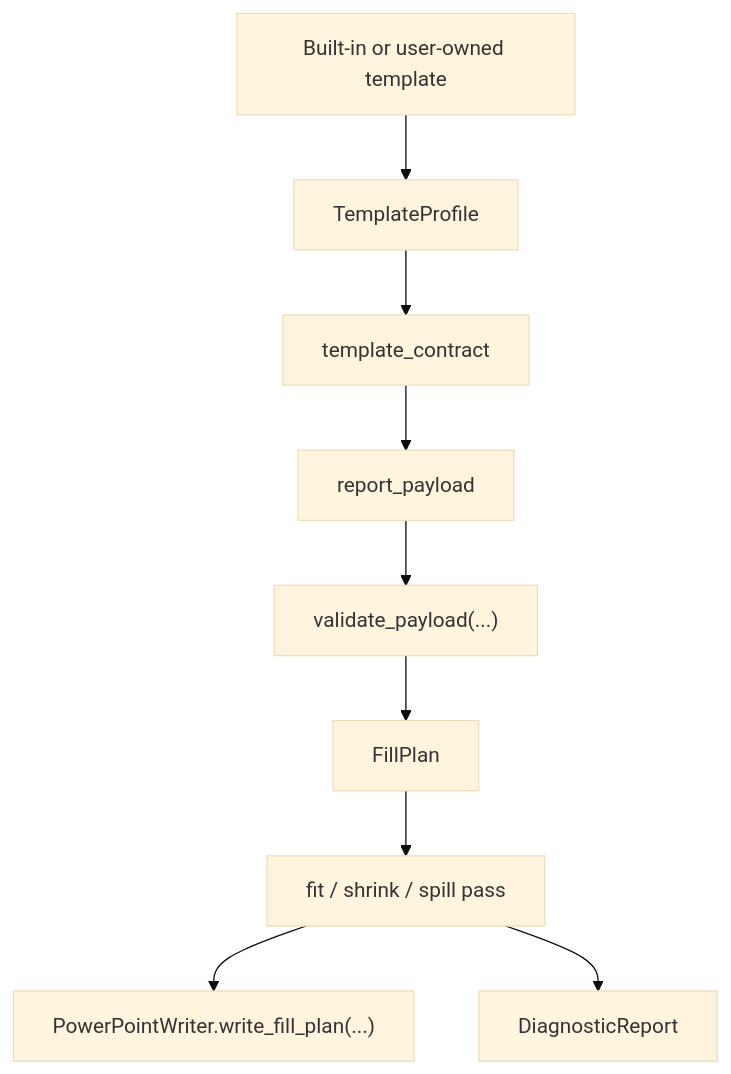
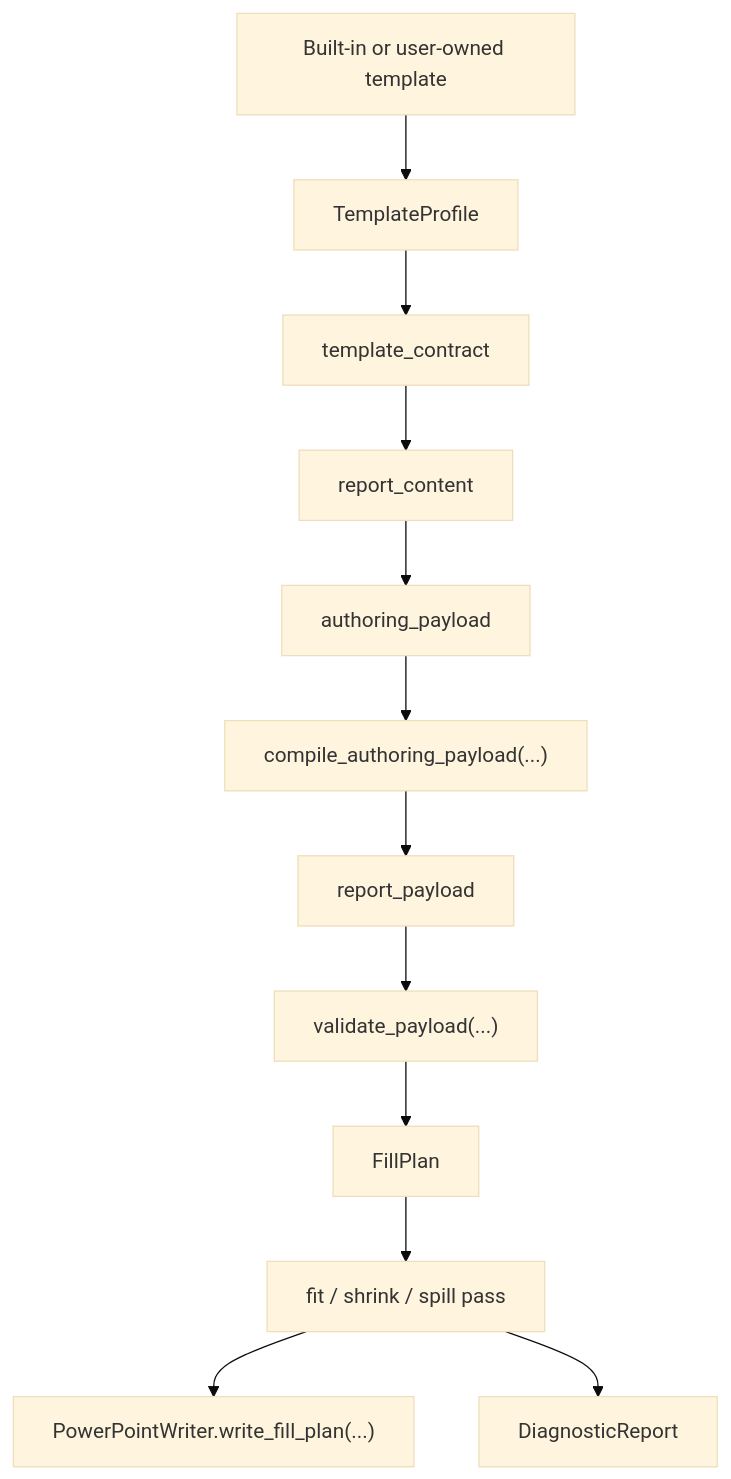
Before and after one commit to tubtrb/autoreport: the diagram in docs/architecture/template-aware-autofill-engine.md, drawn with Mermaid (base theme). The commit also changed other lines of this file and 102 other files, not shown here.

````diff
--- a/docs/architecture/template-aware-autofill-engine.md
+++ b/docs/architecture/template-aware-autofill-engine.md
@@ -30,11 +32,14 @@
 ```mermaid
 flowchart TD
     TEMPLATE["Built-in or user-owned template"] --> PROFILE["TemplateProfile"]
     PROFILE --> CONTRACT["template_contract"]
-    CONTRACT --> PAYLOAD["report_payload"]
+    CONTRACT --> DRAFT["report_content"]
+    DRAFT --> AUTHOR["authoring_payload"]
+    AUTHOR --> COMPILE["compile_authoring_payload(...)"]
+    COMPILE --> PAYLOAD["report_payload"]
     PAYLOAD --> VALIDATE["validate_payload(...)"]
     VALIDATE --> PLAN["FillPlan"]
     PLAN --> FIT["fit / shrink / spill pass"]
     FIT --> WRITE["PowerPointWriter.write_fill_plan(...)"]
     FIT --> DIAG["DiagnosticReport"]
 ```
````
